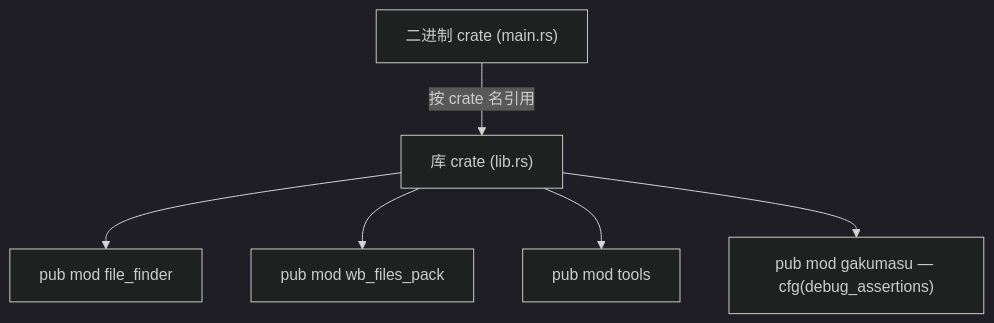
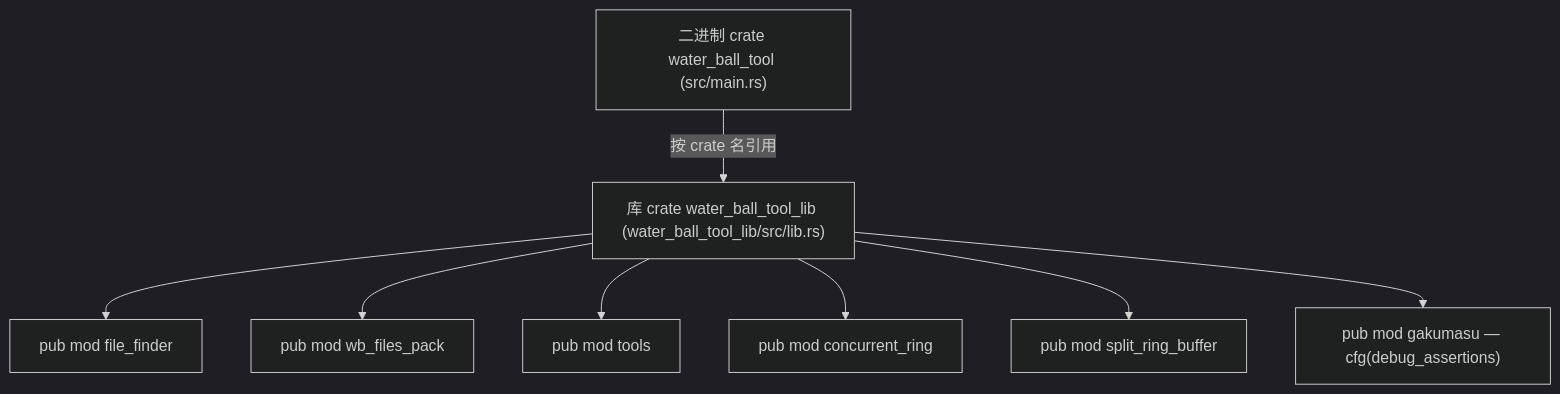
One commit to WaterBall20/water_ball_tool changed the first of 9 diagrams in docs/zh_CN/ARCHITECTURE.md. Above: the diagram before and after it, drawn with Mermaid (dark theme). The commit also changed other lines of this file and 27 other files, not shown here.

````diff
--- a/docs/zh_CN/ARCHITECTURE.md
+++ b/docs/zh_CN/ARCHITECTURE.md
@@ -115,8 +138,18 @@
 ```mermaid
 flowchart TD
-    bin["二进制 crate (main.rs)"] -->|按 crate 名引用| lib["库 crate (lib.rs)"]
-    lib --> ffm["pub mod file_finder"]
-    lib --> wbm["pub mod wb_files_pack"]
-    lib --> tm["pub mod tools"]
-    lib --> gm["pub mod gakumasu — cfg(debug_assertions)"]
+    bin["二进制 crate water_ball_tool (src/main.rs)"]
+    lib["库 crate water_ball_tool_lib (water_ball_tool_lib/src/lib.rs)"]
+    ffm["pub mod file_finder"]
+    wbm["pub mod wb_files_pack"]
+    tm["pub mod tools"]
+    crm["pub mod concurrent_ring"]
+    srm["pub mod split_ring_buffer"]
+    gm["pub mod gakumasu — cfg(debug_assertions)"]
+    bin -->|按 crate 名引用| lib
+    lib --> ffm
+    lib --> wbm
+    lib --> tm
+    lib --> crm
+    lib --> srm
+    lib --> gm
 ```
````
